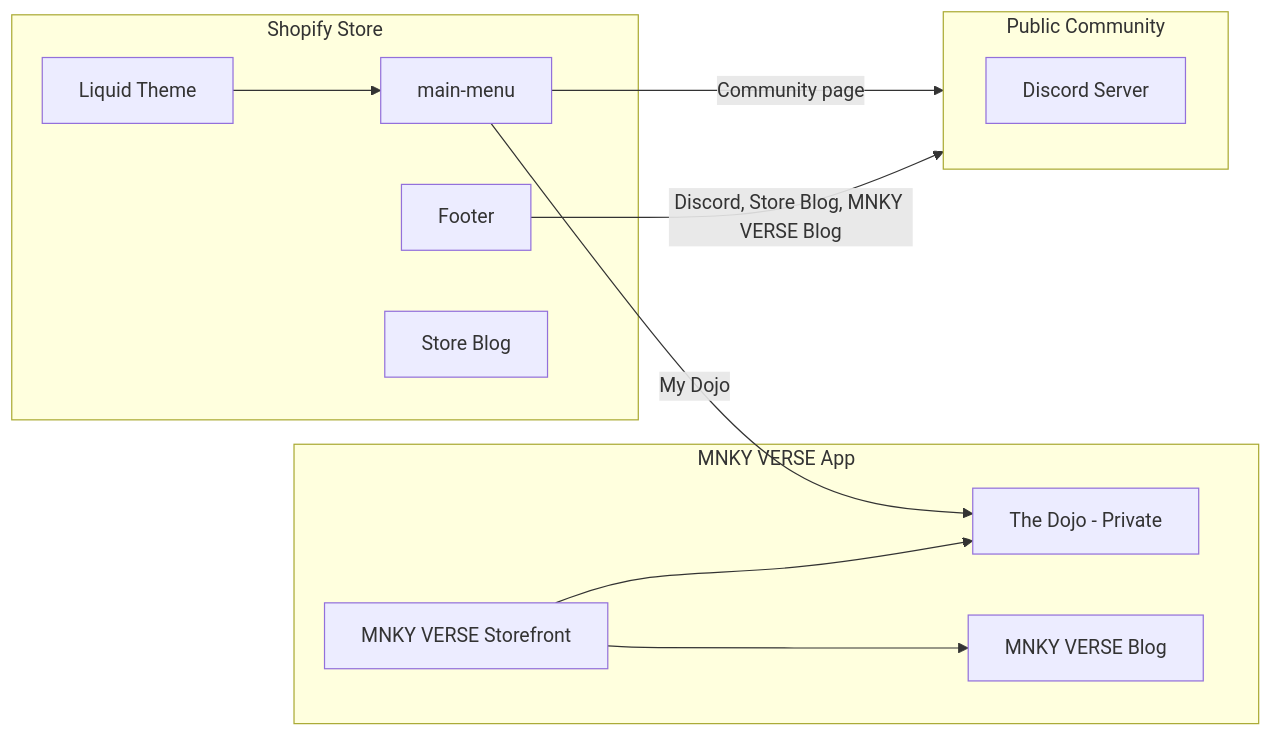
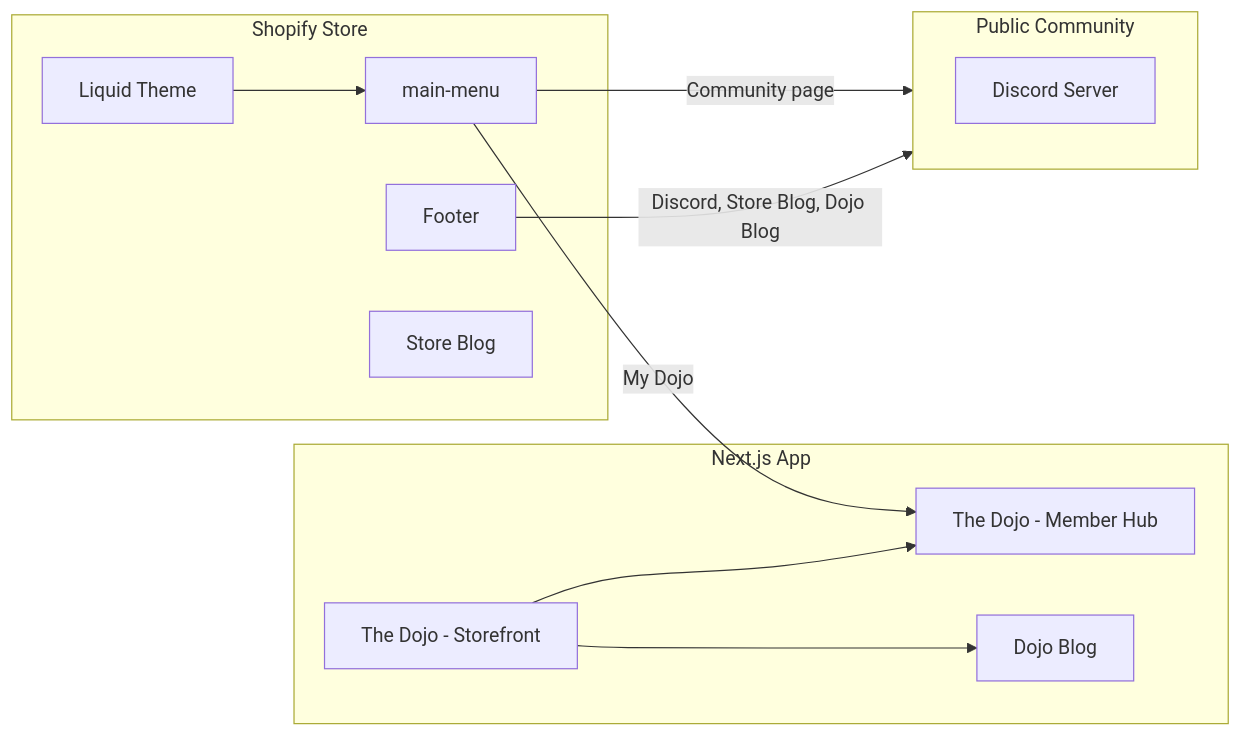
The diagram in README.md (MOODMNKY-LLC/mood-mnky-command), drawn with Mermaid before and after one commit. The commit also changed other lines of this file and 218 other files, not shown here.

First line of the commit message:
Dojo: route Visit your Dojo, dock icon, and header nav to /dojo/me

````diff
--- a/README.md
+++ b/README.md
@@ -26,25 +26,25 @@
 ```mermaid
 flowchart LR
   subgraph Store [Shopify Store]
     Theme[Liquid Theme]
     Nav[main-menu]
     Footer[Footer]
     BlogShop[Store Blog]
   end
-  subgraph App [MNKY VERSE App]
-    Verse[MNKY VERSE Storefront]
-    Dojo[The Dojo - Private]
-    VerseBlog[MNKY VERSE Blog]
+  subgraph App [Next.js App]
+    DojoStorefront[The Dojo - Storefront]
+    DojoHub[The Dojo - Member Hub]
+    DojoBlog[Dojo Blog]
   end
   subgraph Community [Public Community]
     Discord[Discord Server]
     BlogShop
-    VerseBlog
+    DojoBlog
   end
   Theme --> Nav
-  Nav -->|"My Dojo"| Dojo
+  Nav -->|"My Dojo"| DojoHub
   Nav -->|"Community" page| Community
-  Footer -->|Discord, Store Blog, MNKY VERSE Blog| Community
-  Verse --> Dojo
-  Verse --> VerseBlog
+  Footer -->|Discord, Store Blog, Dojo Blog| Community
+  DojoStorefront --> DojoHub
+  DojoStorefront --> DojoBlog
 ```
````
